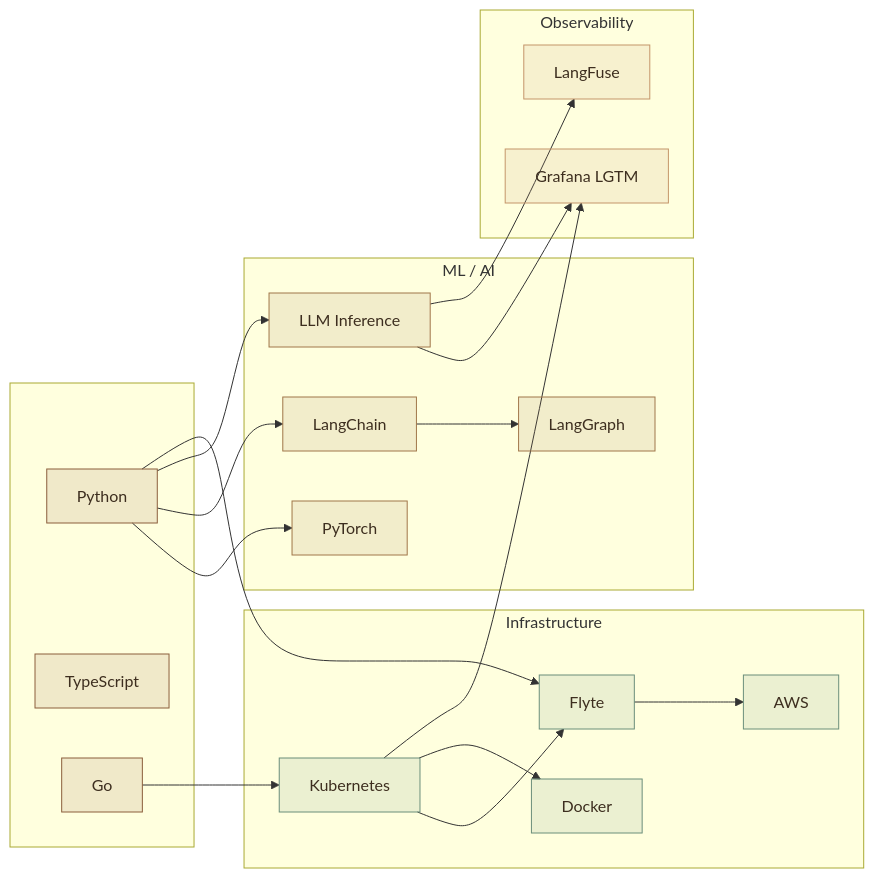
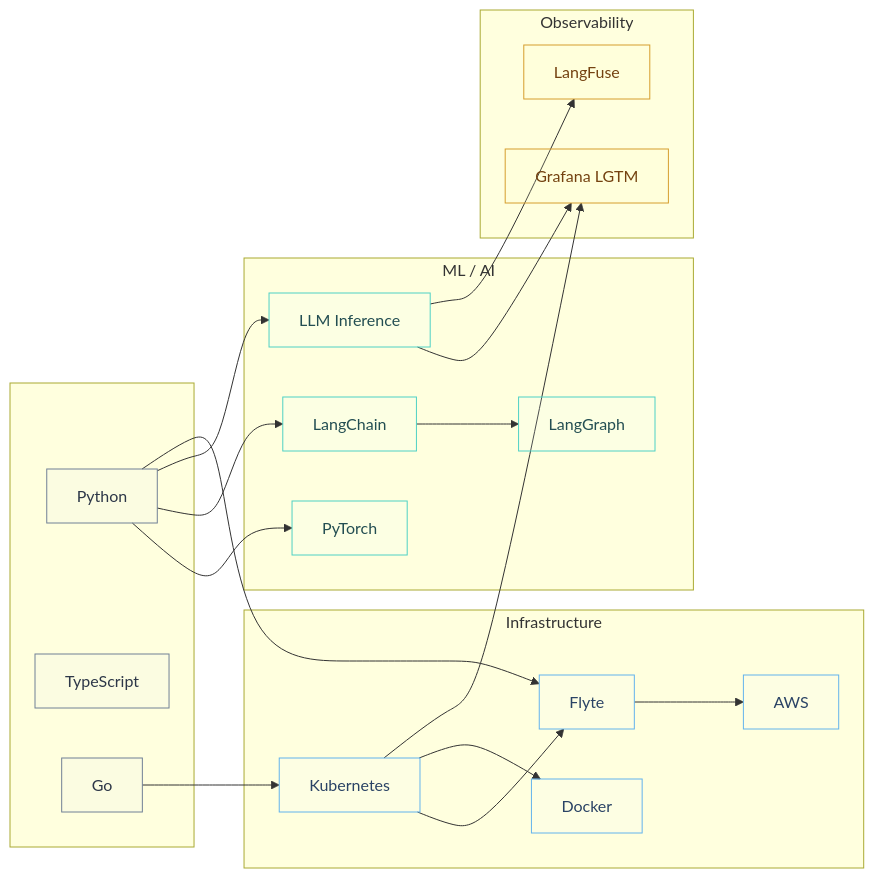
One commit to AmmarAlzureiqi/ammaralzureiqi.github.io changed the diagram in README.md. Above: the diagram before and after it, drawn with Mermaid. The commit also changed other lines of this file, not shown here.

````diff
--- a/README.md
+++ b/README.md
@@ -27,40 +97,40 @@
 ```mermaid
 graph LR
     subgraph Lang[" "]
         Python:::lang
         TypeScript:::lang
         Go:::lang
     end
 
     subgraph ML["ML / AI"]
         PyTorch:::ml
         LangChain:::ml --> LangGraph:::ml
         Inference["LLM Inference"]:::ml
     end
 
     subgraph Infra["Infrastructure"]
         K8s["Kubernetes"]:::infra --> Flyte:::infra
         K8s --> Docker:::infra
         AWS:::infra
     end
 
     subgraph Obs["Observability"]
         Grafana["Grafana LGTM"]:::obs
         LangFuse:::obs
     end
 
     Python --> PyTorch
     Python --> LangChain
     Python --> Inference
     Python --> Flyte
     Go --> K8s
     K8s --> Grafana
     Inference --> Grafana
     Inference --> LangFuse
     Flyte --> AWS
 
-    classDef lang fill:#8B5E3C22,stroke:#8B5E3C,color:#3D2E1F
-    classDef ml fill:#A0764A22,stroke:#A0764A,color:#3D2E1F
-    classDef infra fill:#6B8E7B22,stroke:#6B8E7B,color:#3D2E1F
-    classDef obs fill:#C4956A22,stroke:#C4956A,color:#3D2E1F
+    classDef lang fill:#E2E8F022,stroke:#718096,color:#2D3748
+    classDef ml fill:#E6FFFA22,stroke:#4FD1C5,color:#234E52
+    classDef infra fill:#EBF4FF22,stroke:#63B3ED,color:#2A4365
+    classDef obs fill:#FEFCBF22,stroke:#D69E2E,color:#744210
 ```
````
